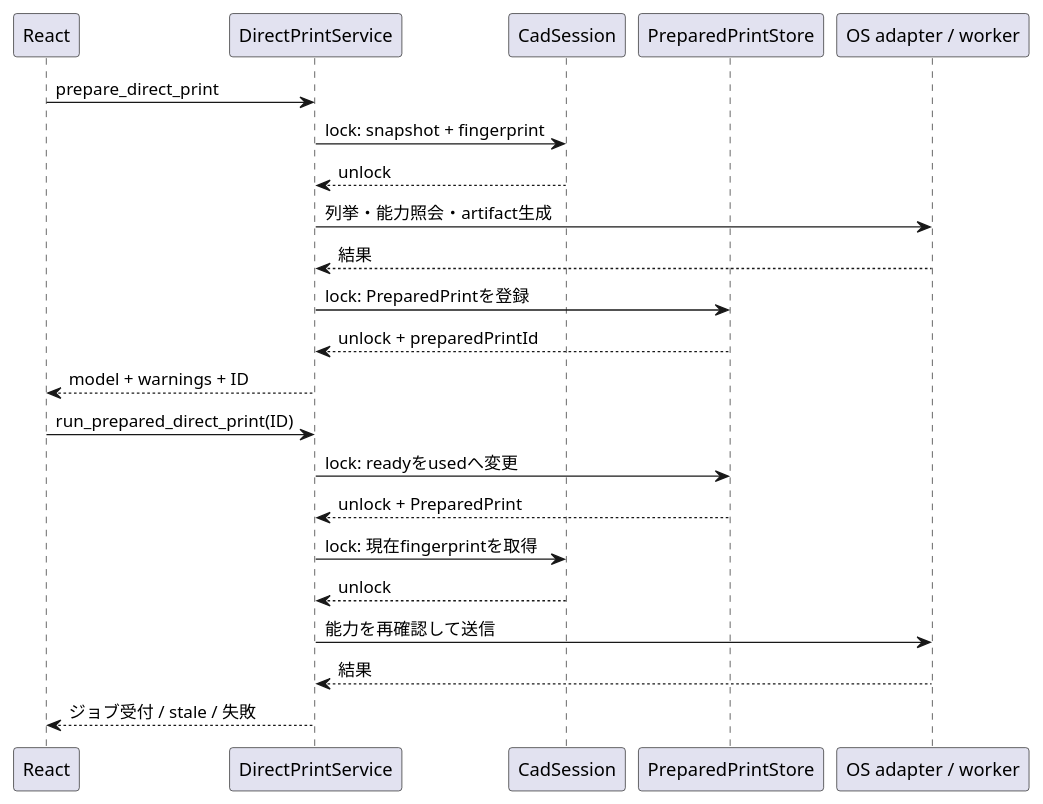
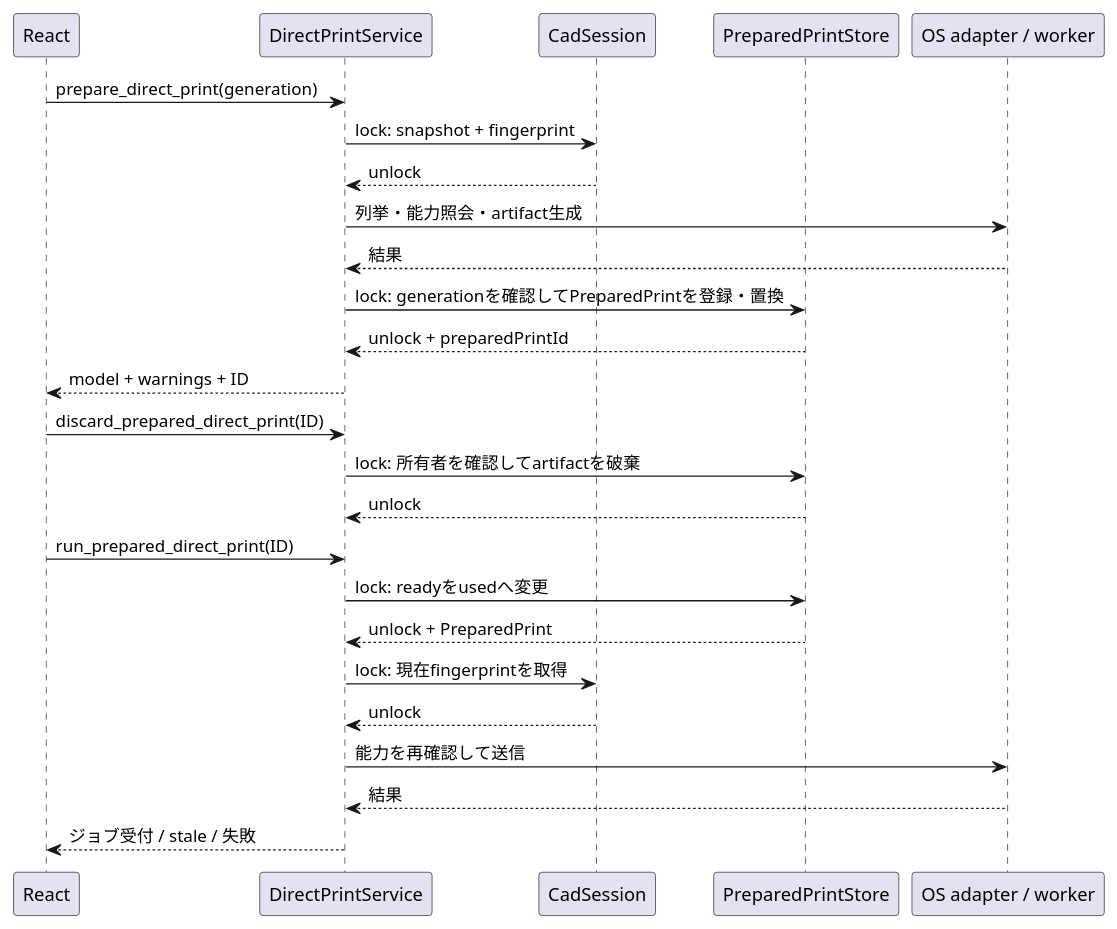
One commit to t-shin-komae/kawacad changed the third of 3 diagrams in docs/design/output/direct-print.md. Above: the diagram before and after it, drawn with PlantUML. The commit also changed other lines of this file and 4 other files, not shown here.

````diff
--- a/docs/design/output/direct-print.md
+++ b/docs/design/output/direct-print.md
@@ -110,30 +113,34 @@
 ```plantuml
 @startuml
 skinparam shadowing false
 skinparam responseMessageBelowArrow true
 
 participant "React" as UI
 participant "DirectPrintService" as Service
 participant "CadSession" as Session
 participant "PreparedPrintStore" as Store
 participant "OS adapter / worker" as OS
 
-UI -> Service: prepare_direct_print
+UI -> Service: prepare_direct_print(generation)
 Service -> Session: lock: snapshot + fingerprint
 Session --> Service: unlock
 Service -> OS: 列挙・能力照会・artifact生成
 OS --> Service: 結果
-Service -> Store: lock: PreparedPrintを登録
+Service -> Store: lock: generationを確認してPreparedPrintを登録・置換
 Store --> Service: unlock + preparedPrintId
 Service --> UI: model + warnings + ID
+
+UI -> Service: discard_prepared_direct_print(ID)
+Service -> Store: lock: 所有者を確認してartifactを破棄
+Store --> Service: unlock
 
 UI -> Service: run_prepared_direct_print(ID)
 Service -> Store: lock: readyをusedへ変更
 Store --> Service: unlock + PreparedPrint
 Service -> Session: lock: 現在fingerprintを取得
 Session --> Service: unlock
 Service -> OS: 能力を再確認して送信
 OS --> Service: 結果
 Service --> UI: ジョブ受付 / stale / 失敗
 @enduml
 ```
````
